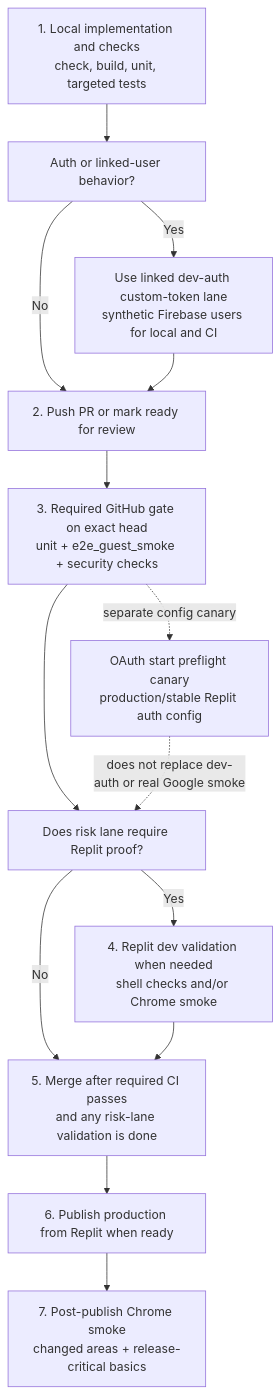
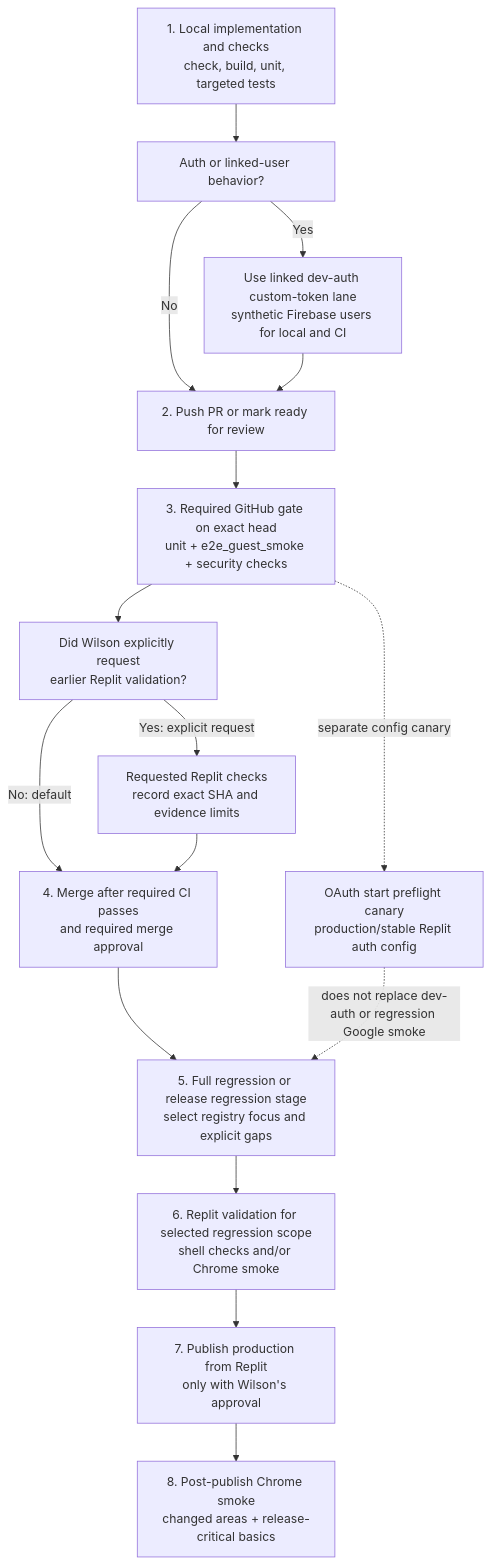
Before and after one commit to wmishak404/laica: the diagram in docs/workflows/testing-and-acceptance.md, drawn with Mermaid. The commit also changed other lines of this file and 75 other files, not shown here.

Commit message:
Migrate stylesheet foundation to Tailwind 4 and defer Replit checks to regression

````diff
--- a/docs/workflows/testing-and-acceptance.md
+++ b/docs/workflows/testing-and-acceptance.md
@@ -11,28 +13,32 @@
 ```mermaid
 flowchart TD
   local["1. Local implementation and checks<br/>check, build, unit, targeted tests"]
   auth["Auth or linked-user behavior?"]
   devauth["Use linked dev-auth custom-token lane<br/>synthetic Firebase users for local and CI"]
   pr["2. Push PR or mark ready for review"]
   ci["3. Required GitHub gate on exact head<br/>unit + e2e_guest_smoke + security checks"]
-  risk["Does risk lane require Replit proof?"]
-  replit["4. Replit dev validation when needed<br/>shell checks and/or Chrome smoke"]
-  merge["5. Merge after required CI passes<br/>and any risk-lane validation is done"]
-  publish["6. Publish production from Replit when ready"]
-  prodsmoke["7. Post-publish Chrome smoke<br/>changed areas + release-critical basics"]
+  earlier["Did Wilson explicitly request<br/>earlier Replit validation?"]
+  earlyreplit["Requested Replit checks<br/>record exact SHA and evidence limits"]
+  merge["4. Merge after required CI passes<br/>and required merge approval"]
+  regression["5. Full regression or release regression stage<br/>select registry focus and explicit gaps"]
+  replit["6. Replit validation for selected regression scope<br/>shell checks and/or Chrome smoke"]
+  publish["7. Publish production from Replit<br/>only with Wilson's approval"]
+  prodsmoke["8. Post-publish Chrome smoke<br/>changed areas + release-critical basics"]
   oauth["OAuth start preflight canary<br/>production/stable Replit auth config"]
 
   local --> auth
   auth -->|Yes| devauth
   auth -->|No| pr
   devauth --> pr
   pr --> ci
-  ci --> risk
-  risk -->|No| merge
-  risk -->|Yes| replit
-  replit --> merge
-  merge --> publish
+  ci --> earlier
+  earlier -->|No: default| merge
+  earlier -->|Yes: explicit request| earlyreplit
+  earlyreplit --> merge
+  merge --> regression
+  regression --> replit
+  replit --> publish
   publish --> prodsmoke
   ci -. "separate config canary" .-> oauth
-  oauth -. "does not replace dev-auth or real Google smoke" .-> risk
+  oauth -. "does not replace dev-auth or regression Google smoke" .-> regression
 ```
````
